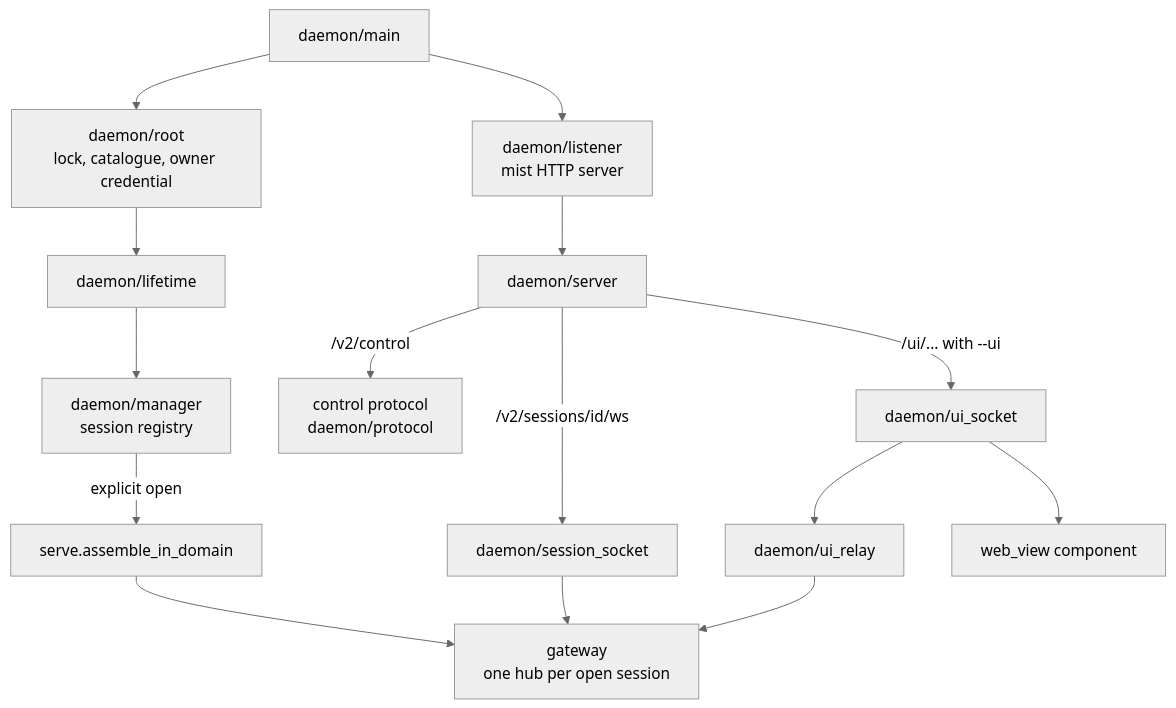
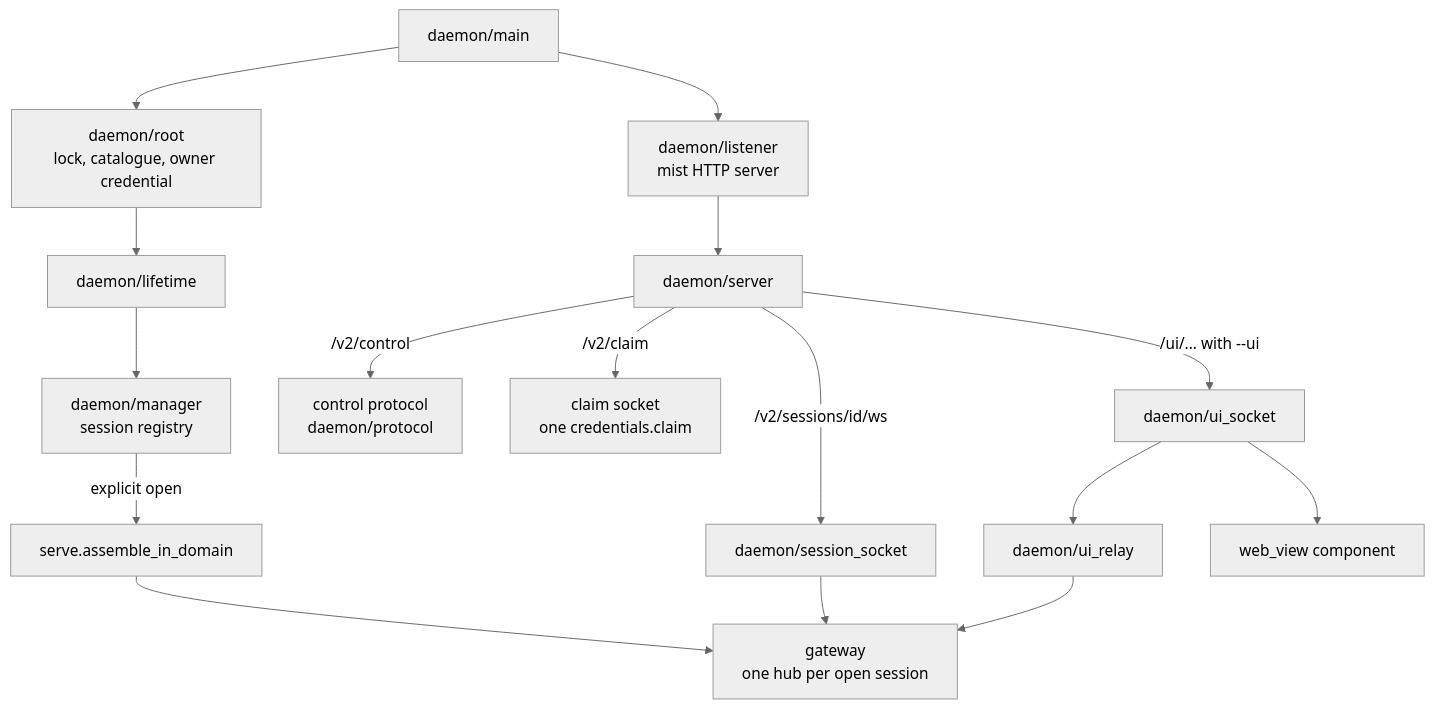
Before and after one commit to Roasbeef/loom: the first of 3 diagrams in packages/client/README.md, drawn with Mermaid (neutral theme). The commit also changed other lines of this file and 5 other files, not shown here.

````diff
--- a/packages/client/README.md
+++ b/packages/client/README.md
@@ -32,17 +32,18 @@
 ```mermaid
 flowchart TD
     Main["daemon/main"] --> Root["daemon/root<br/>lock, catalogue, owner credential"]
     Main --> Listener["daemon/listener<br/>mist HTTP server"]
     Root --> Lifetime["daemon/lifetime"]
     Lifetime --> Manager["daemon/manager<br/>session registry"]
     Manager -->|"explicit open"| Serve["serve.assemble_in_domain"]
     Serve --> Gateway["gateway<br/>one hub per open session"]
     Listener --> Server["daemon/server"]
     Server -->|"/v2/control"| Control["control protocol<br/>daemon/protocol"]
     Server -->|"/v2/sessions/id/ws"| Socket["daemon/session_socket"]
+    Server -->|"/v2/claim"| Claim["claim socket<br/>one credentials.claim"]
     Server -->|"/ui/... with --ui"| UiSocket["daemon/ui_socket"]
     Socket --> Gateway
     UiSocket --> Relay["daemon/ui_relay"]
     Relay --> Gateway
     UiSocket --> Component["web_view component"]
 ```
````
